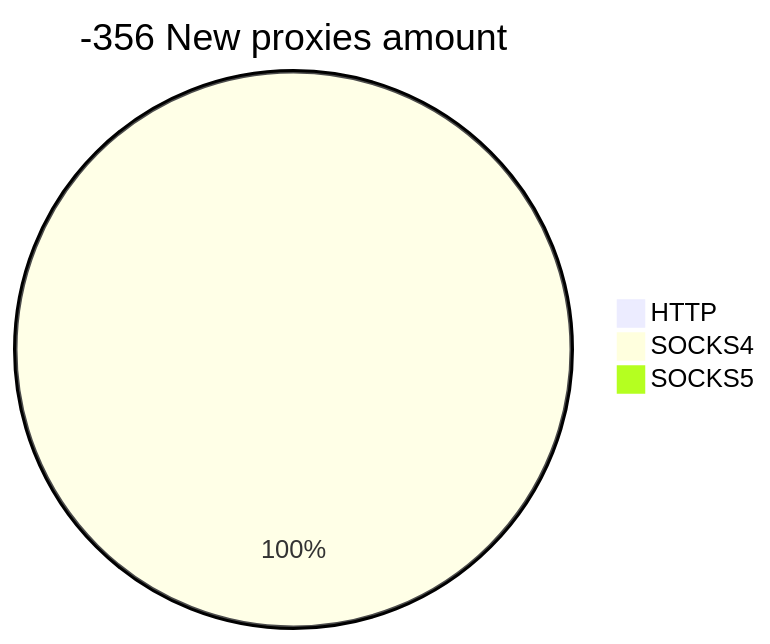
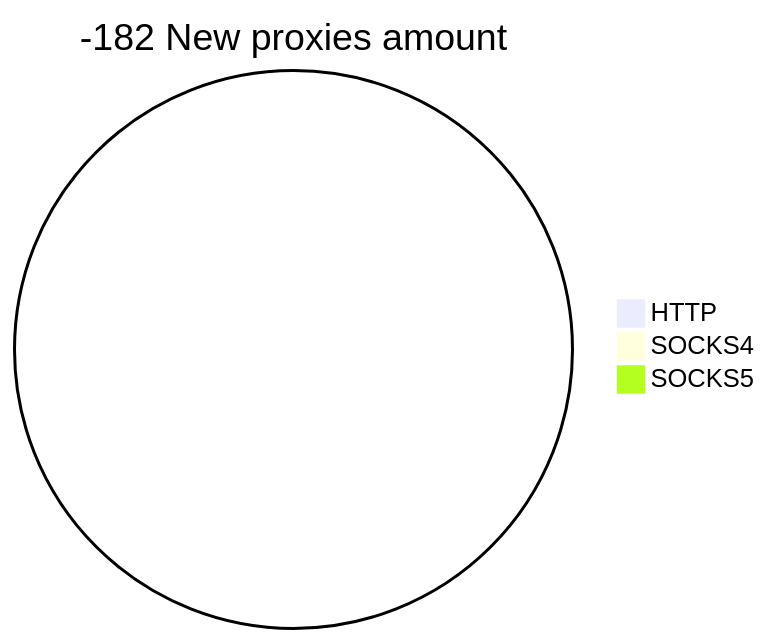
Before and after one commit to cutipu/proxylist: the second of 2 diagrams in README.md, drawn with Mermaid. The commit also changed other lines of this file, not shown here.

````diff
--- a/README.md
+++ b/README.md
@@ -10,6 +10,6 @@
 ```mermaid
-pie title -356 New proxies amount
+pie title -182 New proxies amount
     "HTTP" : 0
-    "SOCKS4" : 29
+    "SOCKS4" : 0
     "SOCKS5" : 0
 ```
````
